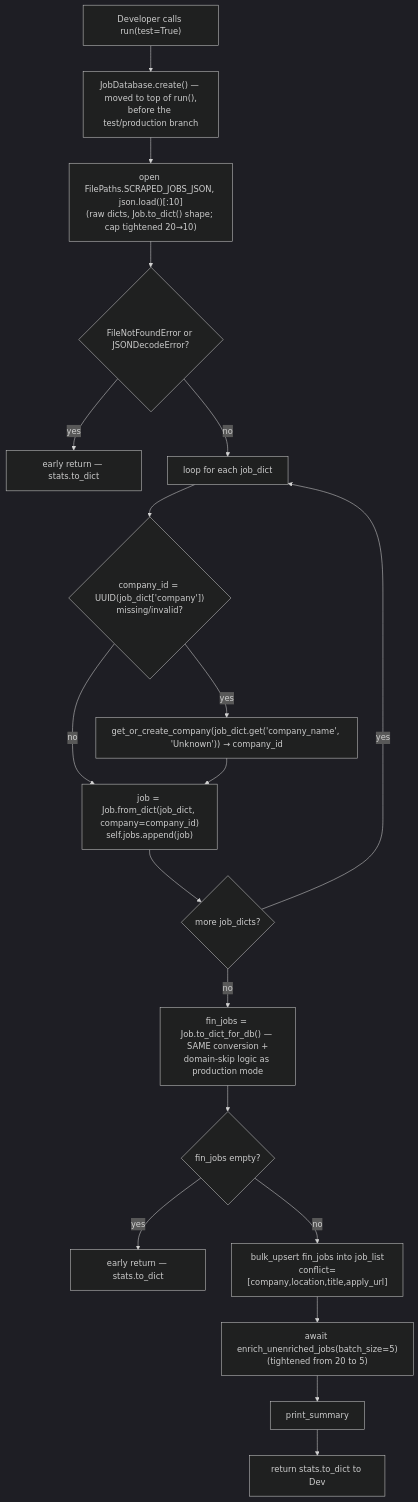
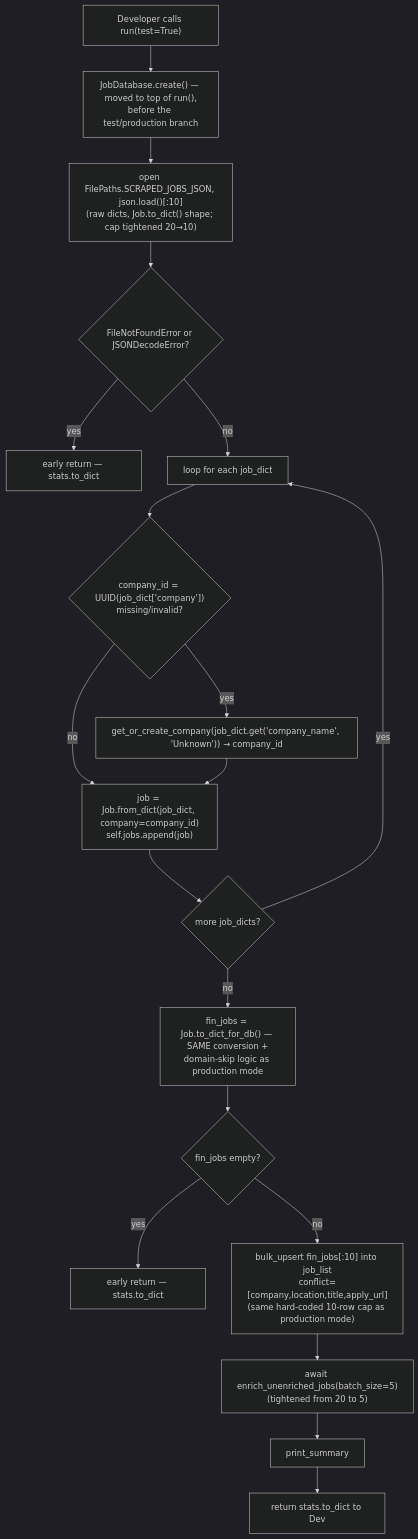
The fifth of 5 diagrams in docs/diagrams/azalea_seq.md (AustinDwomoh/libra), drawn with Mermaid (dark theme) before and after one commit. The commit also changed other lines of this file and 27 other files, not shown here.

````diff
--- a/docs/diagrams/azalea_seq.md
+++ b/docs/diagrams/azalea_seq.md
@@ -68,24 +73,24 @@
 ```mermaid
 %% flowchart — run() TEST mode (test=True): JSON load → self.jobs → DB → enrich
 %% Used for iterating on enrichment logic without re-hitting scrape sources.
 %% Both modes share the same fin_jobs conversion step (to_dict_for_db).
 flowchart TD
     A["Developer calls run(test=True)"] --> B["JobDatabase.create() — moved to top of run(),<br/>before the test/production branch"]
     B --> C["open FilePaths.SCRAPED_JOBS_JSON, json.load()[:10]<br/>(raw dicts, Job.to_dict() shape; cap tightened 20→10)"]
     C --> D{FileNotFoundError or JSONDecodeError?}
     D -->|yes| Z1[early return — stats.to_dict]
     D -->|no| E[loop for each job_dict]
     E --> F{"company_id = UUID(job_dict['company'])<br/>missing/invalid?"}
     F -->|yes| G["get_or_create_company(job_dict.get('company_name', 'Unknown')) → company_id"]
     F -->|no| H["job = Job.from_dict(job_dict, company=company_id)<br/>self.jobs.append(job)"]
     G --> H
     H --> I{more job_dicts?}
     I -->|yes| E
     I -->|no| J["fin_jobs = Job.to_dict_for_db() — SAME conversion +<br/>domain-skip logic as production mode"]
     J --> K{fin_jobs empty?}
     K -->|yes| Z2[early return — stats.to_dict]
-    K -->|no| L["bulk_upsert fin_jobs into job_list<br/>conflict=[company,location,title,apply_url]"]
+    K -->|no| L["bulk_upsert fin_jobs[:10] into job_list<br/>conflict=[company,location,title,apply_url]<br/>(same hard-coded 10-row cap as production mode)"]
     L --> M["await enrich_unenriched_jobs(batch_size=5)<br/>(tightened from 20 to 5)"]
     M --> N[print_summary]
     N --> O[return stats.to_dict to Dev]
 ```
````
